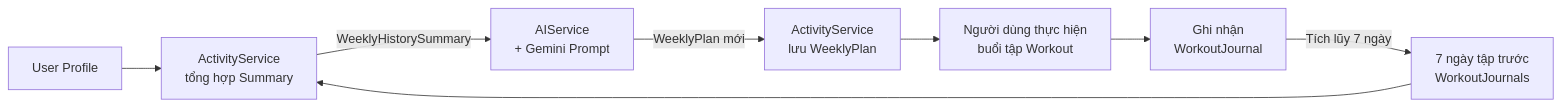
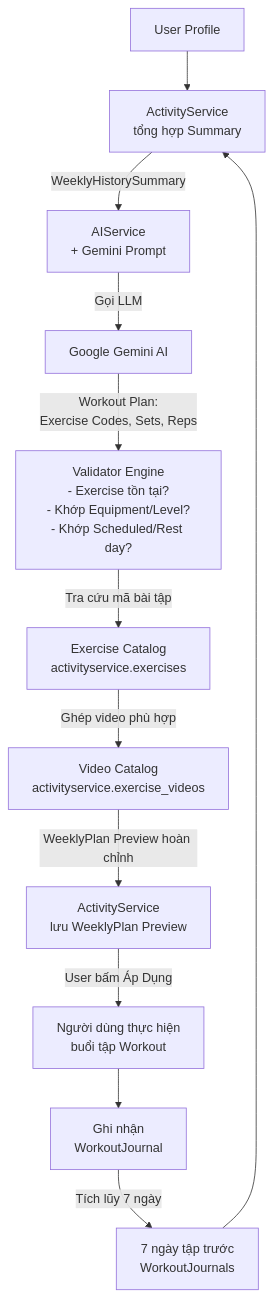
The second of 2 diagrams in context/database-design.md (minh0trang/Fitness-AI-Web), drawn with Mermaid before and after one commit. The commit also changed other lines of this file and 1 other file, not shown here.

Commit message:
docs: update database design and add F05 spec with Exercise and Video catalogs

````diff
--- a/context/database-design.md
+++ b/context/database-design.md
@@ -47,10 +52,14 @@
 ```mermaid
-flowchart LR
+flowchart TD
     A[User Profile] --> C[ActivityService\ntổng hợp Summary]
     B[7 ngày tập trước\nWorkoutJournals] --> C
     C -->|WeeklyHistorySummary| D[AIService\n+ Gemini Prompt]
-    D -->|WeeklyPlan mới| E[ActivityService\nlưu WeeklyPlan]
-    E --> F[Người dùng thực hiện\nbuổi tập Workout]
+    D -->|Gọi LLM| GMN[Google Gemini AI]
+    GMN -->|Workout Plan:\nExercise Codes, Sets, Reps| VAL[Validator Engine\n- Exercise tồn tại?\n- Khớp Equipment/Level?\n- Khớp Scheduled/Rest day?]
+    VAL -->|Tra cứu mã bài tập| EC[Exercise Catalog\nactivityservice.exercises]
+    EC -->|Ghép video phù hợp| VC[Video Catalog\nactivityservice.exercise_videos]
+    VC -->|WeeklyPlan Preview hoàn chỉnh| E[ActivityService\nlưu WeeklyPlan Preview]
+    E -->|User bấm Áp Dụng| F[Người dùng thực hiện\nbuổi tập Workout]
     F --> G[Ghi nhận\nWorkoutJournal]
     G -->|Tích lũy 7 ngày| B
 ```
````
